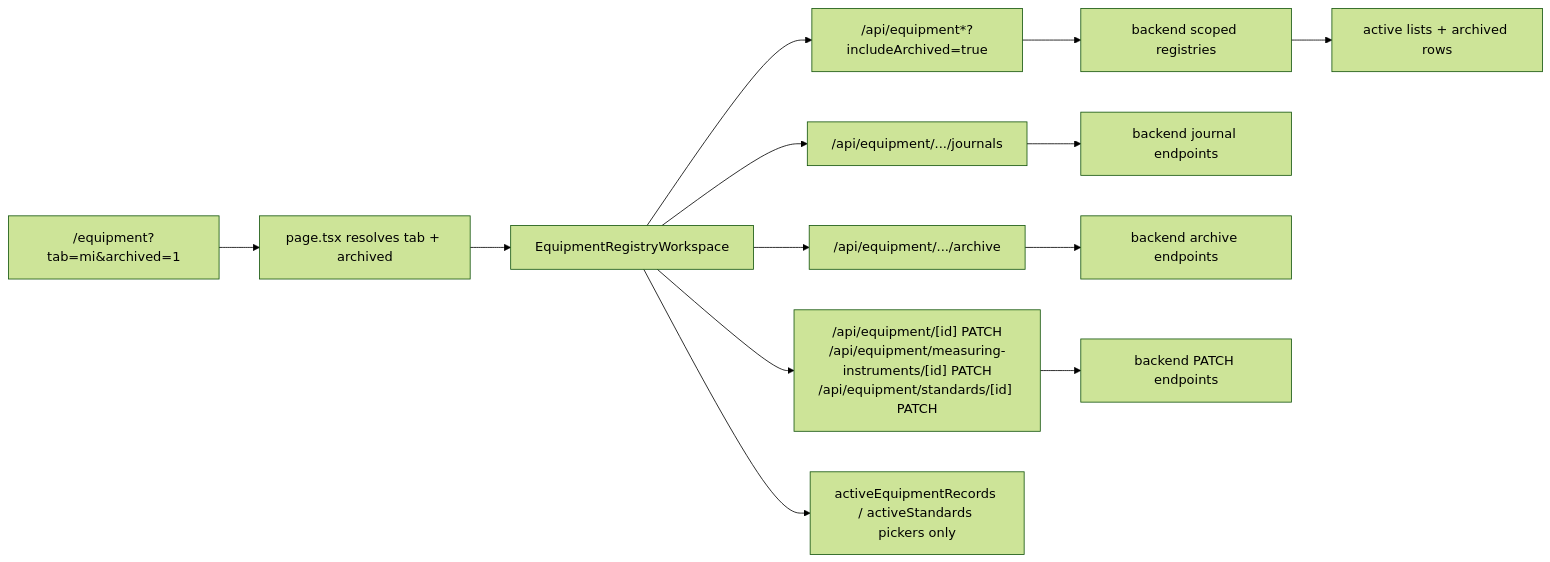
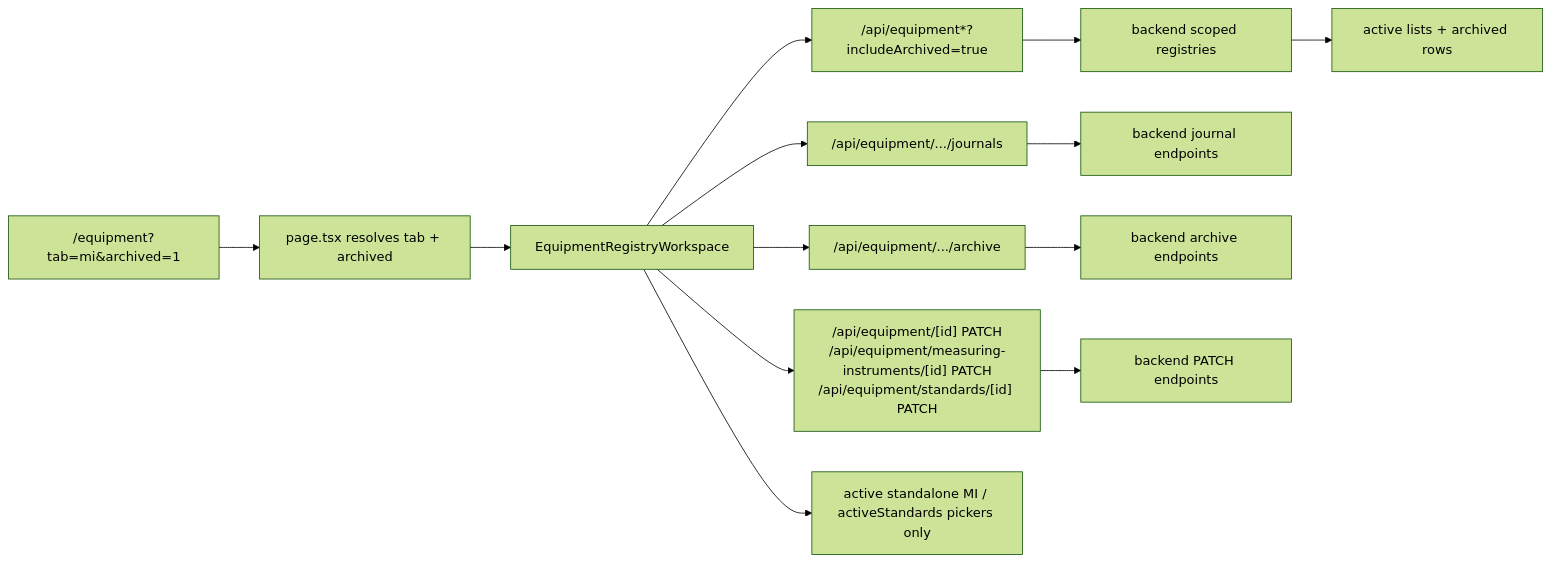
One commit to vrk-app/vrk changed the seventh of 9 diagrams in docs/architecture/frontend-architecture.md. Above: the diagram before and after it, drawn with Mermaid (forest theme). The commit also changed other lines of this file and 127 other files, not shown here.

````diff
--- a/docs/architecture/frontend-architecture.md
+++ b/docs/architecture/frontend-architecture.md
@@ -226,15 +230,15 @@
 ```mermaid
 flowchart LR
     A["/equipment?tab=mi&archived=1"] --> B["page.tsx resolves tab + archived"]
     B --> C["EquipmentRegistryWorkspace"]
     C --> D["/api/equipment*?includeArchived=true"]
     C --> E["/api/equipment/.../journals"]
     C --> F["/api/equipment/.../archive"]
     C --> L["/api/equipment/[id] PATCH<br/>/api/equipment/measuring-instruments/[id] PATCH<br/>/api/equipment/standards/[id] PATCH"]
     D --> G["backend scoped registries"]
     E --> H["backend journal endpoints"]
     F --> I["backend archive endpoints"]
     L --> M["backend PATCH endpoints"]
     G --> J["active lists + archived rows"]
-    C --> K["activeEquipmentRecords / activeStandards pickers only"]
+    C --> K["active standalone MI / activeStandards pickers only"]
 ```
````
